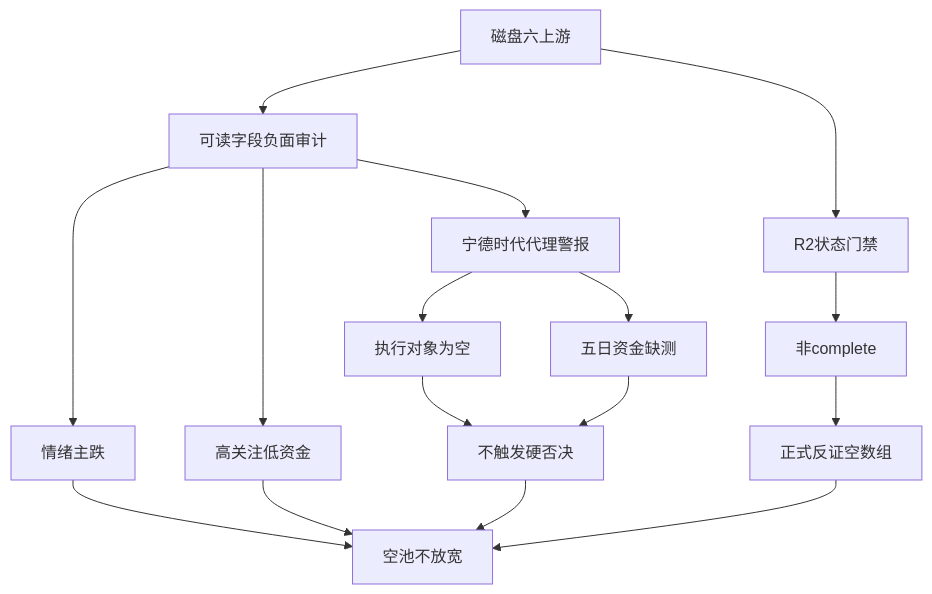
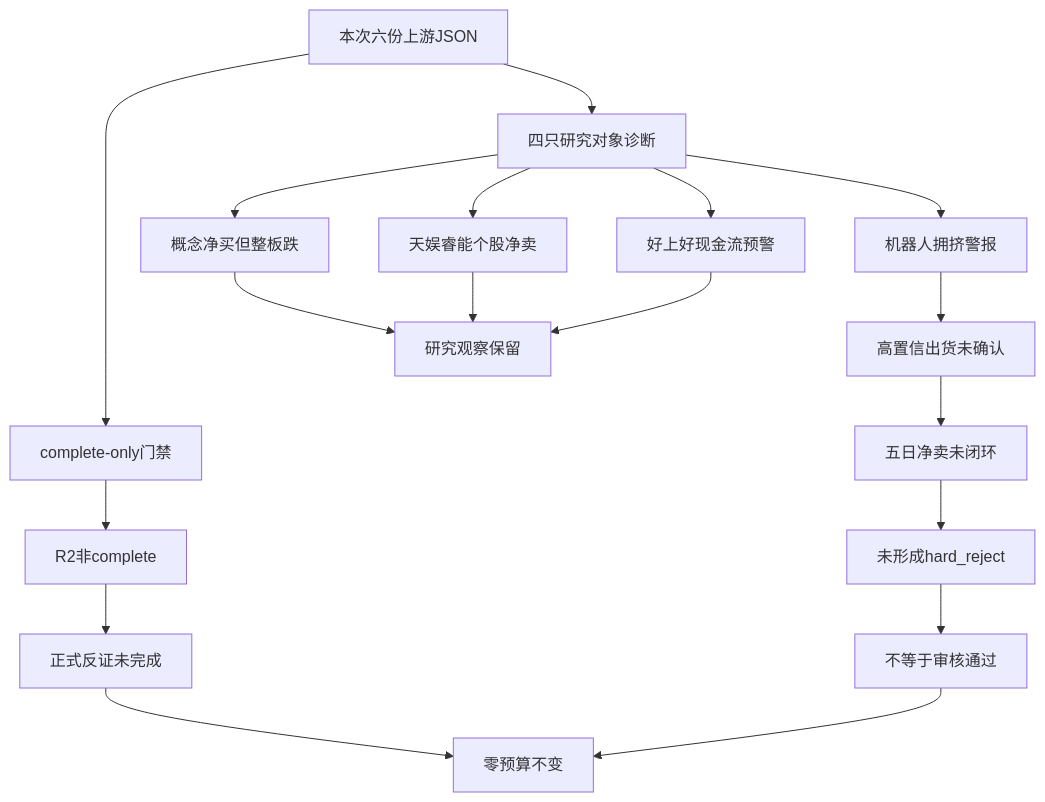
Before and after one commit to chenyang1999/chzl-kg: the diagram in content/投研交易/反证/20261023.md, drawn with Mermaid. The commit also changed other lines of this file and 493 other files, not shown here.

````diff
--- a/content/投研交易/反证/20261023.md
+++ b/content/投研交易/反证/20261023.md
@@ -120,18 +119,20 @@
 ```mermaid
 flowchart TD
- A[磁盘六上游] --> B[R2状态门禁]
- B --> C[非complete]
- C --> D[正式反证空数组]
- A --> E[可读字段负面审计]
- E --> F[情绪主跌]
- E --> G[高关注低资金]
- E --> H[宁德时代代理警报]
- H --> I[执行对象为空]
- H --> J[五日资金缺测]
- I --> K[不触发硬否决]
- J --> K
- F --> L[空池不放宽]
- G --> L
- K --> L
- D --> L
+ A[本次六份上游JSON] --> B[complete-only门禁]
+ B --> C[R2非complete]
+ C --> D[正式反证未完成]
+ A --> E[四只研究对象诊断]
+ E --> F[概念净买但整板跌]
+ E --> G[天娱睿能个股净卖]
+ E --> H[好上好现金流预警]
+ E --> I[机器人拥挤警报]
+ I --> J[高置信出货未确认]
+ J --> K[五日净卖未闭环]
+ K --> L[未形成hard_reject]
+ L --> M[不等于审核通过]
+ D --> N[零预算不变]
+ M --> N
+ F --> O[研究观察保留]
+ G --> O
+ H --> O
 ```
````
